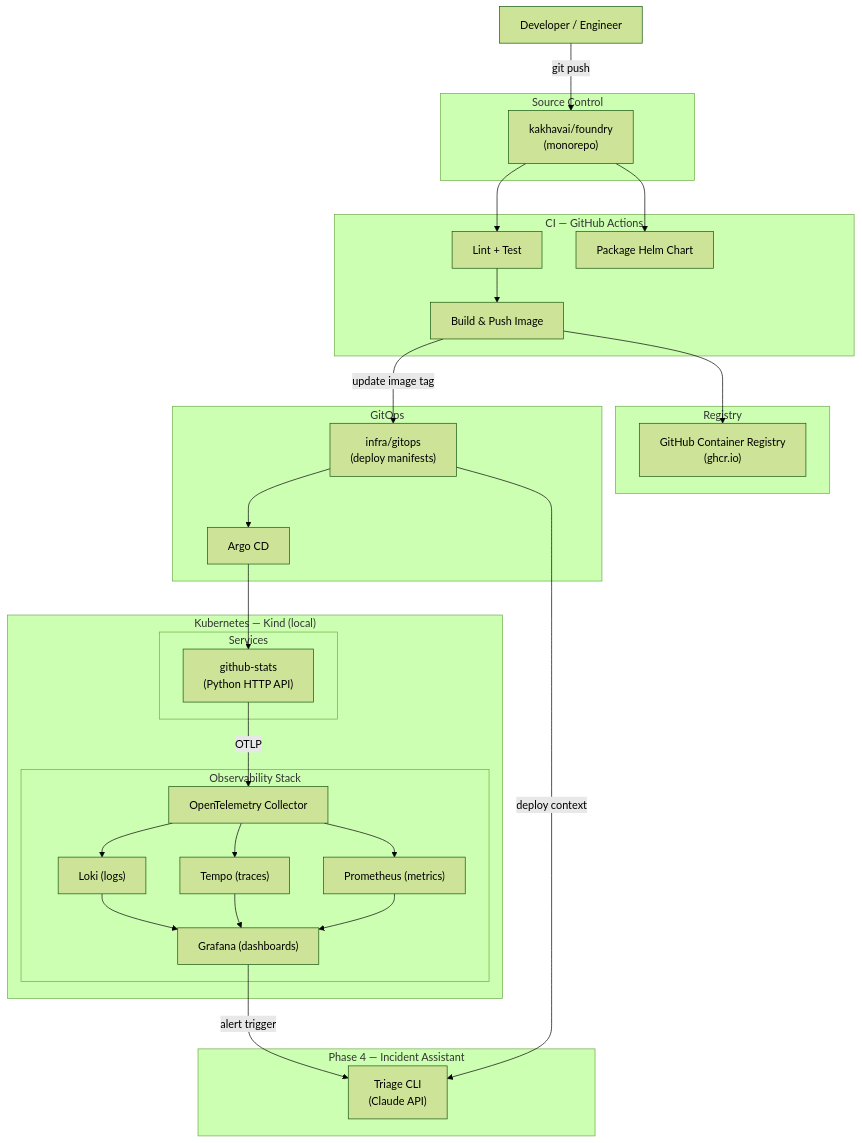
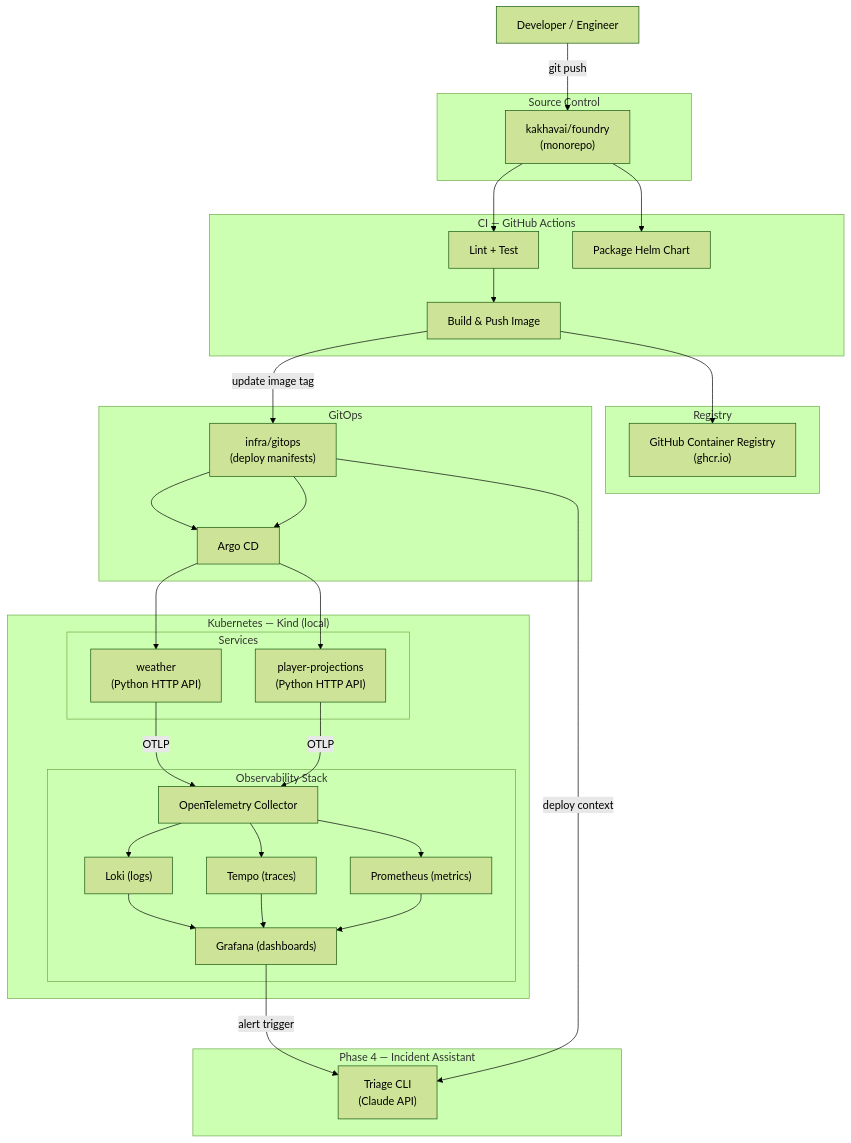
One commit to kakhavai/foundry changed the diagram in docs/architecture/architecture-overview.md. Above: the diagram before and after it, drawn with Mermaid (forest theme). The commit also changed other lines of this file and 37 other files, not shown here.

First line of the commit message:
feat: replace github-stats with weather service; reframe Foundry as platform-first

````diff
--- a/docs/architecture/architecture-overview.md
+++ b/docs/architecture/architecture-overview.md
@@ -9,57 +9,60 @@
 ```mermaid
 graph TD
     Dev["Developer / Engineer"]
 
     subgraph "Source Control"
         SvcRepo["kakhavai/foundry\n(monorepo)"]
     end
 
     subgraph "CI — GitHub Actions"
         Lint["Lint + Test"]
         Build["Build & Push Image"]
         HelmPkg["Package Helm Chart"]
     end
 
     subgraph "Registry"
         GHCR["GitHub Container Registry\n(ghcr.io)"]
     end
 
     subgraph "GitOps"
         GitOpsRepo["infra/gitops\n(deploy manifests)"]
         Argo["Argo CD"]
     end
 
     subgraph "Kubernetes — Kind (local)"
         subgraph "Services"
-            GHStats["github-stats\n(Python HTTP API)"]
+            Weather["weather\n(Python HTTP API)"]
+            PlayerProjections["player-projections\n(Python HTTP API)"]
         end
         subgraph "Observability Stack"
             OTelCol["OpenTelemetry Collector"]
             Loki["Loki (logs)"]
             Tempo["Tempo (traces)"]
             Prom["Prometheus (metrics)"]
             Grafana["Grafana (dashboards)"]
         end
     end
 
     subgraph "Phase 4 — Incident Assistant"
         Assistant["Triage CLI\n(Claude API)"]
     end
 
     Dev -->|"git push"| SvcRepo
     SvcRepo --> Lint --> Build --> GHCR
     SvcRepo --> HelmPkg
     Build -->|"update image tag"| GitOpsRepo
-    GitOpsRepo --> Argo --> GHStats
+    GitOpsRepo --> Argo --> Weather
+    GitOpsRepo --> Argo --> PlayerProjections
 
-    GHStats -->|"OTLP"| OTelCol
+    Weather -->|"OTLP"| OTelCol
+    PlayerProjections -->|"OTLP"| OTelCol
     OTelCol --> Loki
     OTelCol --> Tempo
     OTelCol --> Prom
     Loki --> Grafana
     Tempo --> Grafana
     Prom --> Grafana
 
     Grafana -->|"alert trigger"| Assistant
     GitOpsRepo -->|"deploy context"| Assistant
 ```
````
